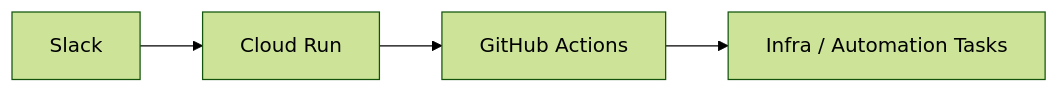
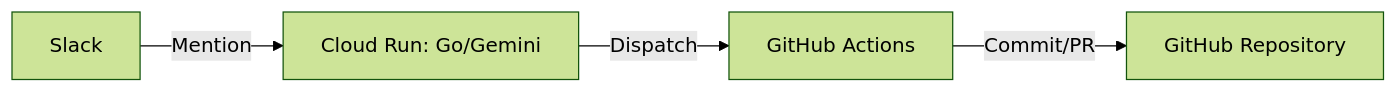
One commit to conti0513/development_public changed the fourth of 4 diagrams in README.md. Above: the diagram before and after it, drawn with Mermaid (forest theme). The commit also changed other lines of this file and 5 other files, not shown here.

````diff
--- a/README.md
+++ b/README.md
@@ -102,6 +99,7 @@
 ```mermaid
 graph LR
-    Slack --> Run[Cloud Run]
-    Run --> GHA[GitHub Actions]
-    GHA --> Tasks[Infra / Automation Tasks]
+    Slack -- Mention --> Run[Cloud Run: Go/Gemini]
+    Run -- Dispatch --> GHA[GitHub Actions]
+    GHA -- Commit/PR --> Repo[GitHub Repository]
+
 ```
````
